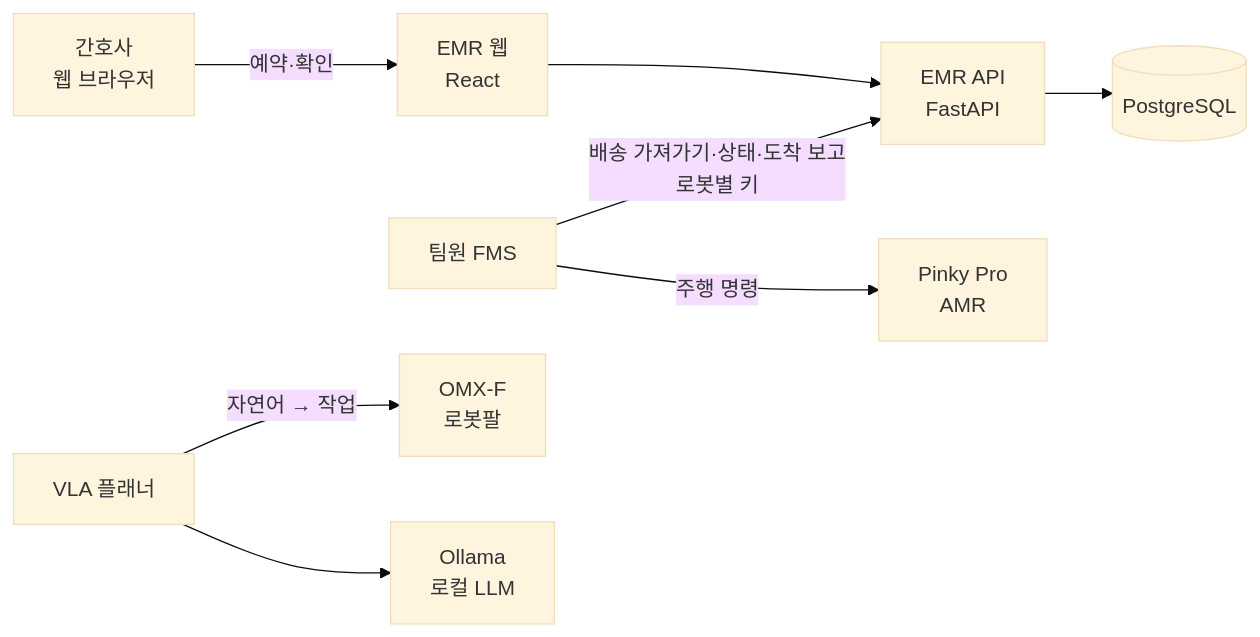
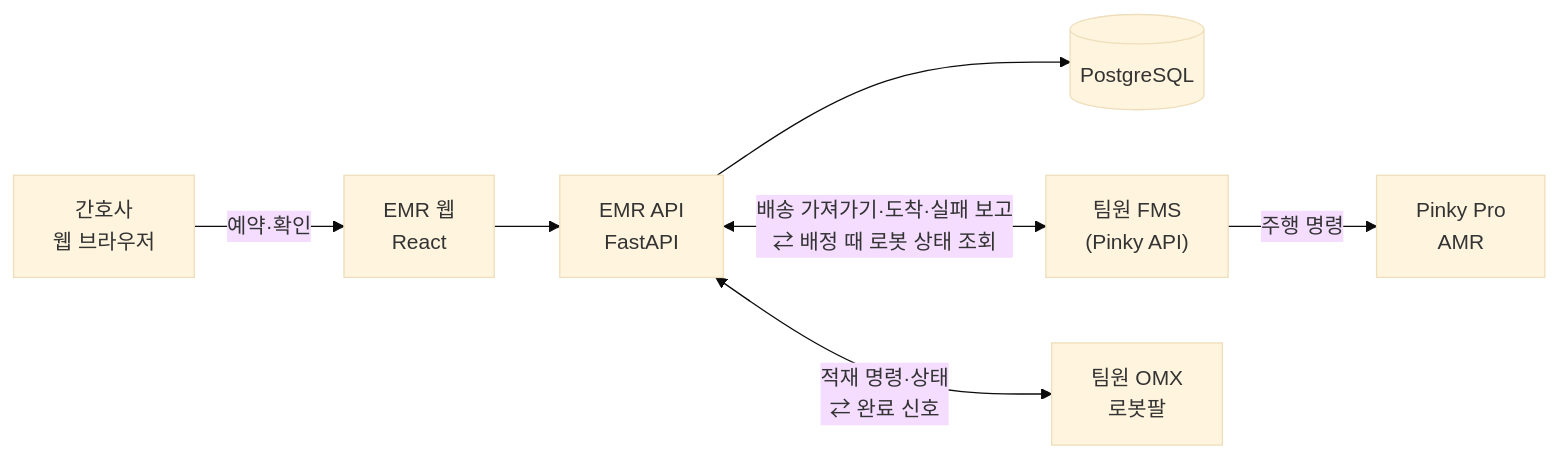
The diagram in README.md (kernel-robot-9th/kernel-robot-repo-2), drawn with Mermaid (base theme) before and after one commit. The commit also changed other lines of this file and 4 other files, not shown here.

````diff
--- a/README.md
+++ b/README.md
@@ -9,10 +9,9 @@
 ```mermaid
 flowchart LR
   N["간호사<br/>웹 브라우저"] -->|예약·확인| W["EMR 웹<br/>React"]
   W --> A["EMR API<br/>FastAPI"]
   A --> D[("PostgreSQL")]
-  X["팀원 FMS"] -->|배송 가져가기·상태·도착 보고<br/>로봇별 키| A
+  A <-->|"배송 가져가기·도착·실패 보고<br/>⇄ 배정 때 로봇 상태 조회"| X["팀원 FMS<br/>(Pinky API)"]
   X -->|주행 명령| P["Pinky Pro<br/>AMR"]
-  V["VLA 플래너"] -->|자연어 → 작업| O["OMX-F<br/>로봇팔"]
-  V --> L["Ollama<br/>로컬 LLM"]
+  A <-->|"적재 명령·상태<br/>⇄ 완료 신호"| O["팀원 OMX<br/>로봇팔"]
 ```
````
